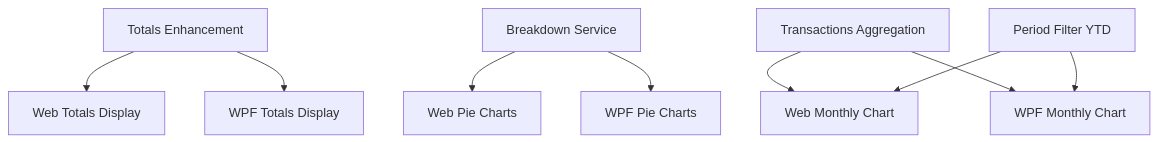
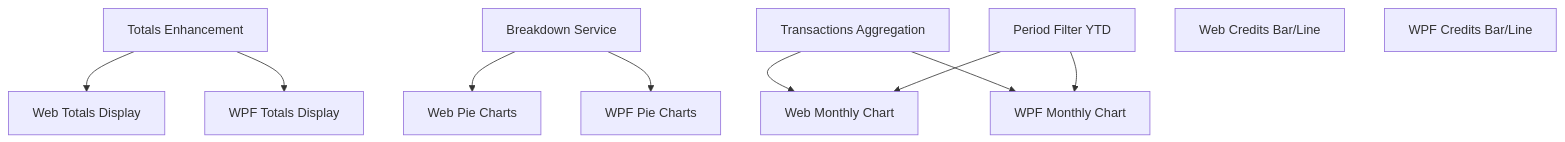
The diagram in docs/prd/P04-prd-broker-level-view-improvements/prd-broker-level-view-improvements.md (ggibellato/Financial), drawn with Mermaid before and after one commit. The commit also changed other lines of this file and 6 other files, not shown here.

First line of the commit message:
feat(P04-F11): Credits Chart Bar/Line Toggle — Web Frontend (#128)

````diff
--- a/docs/prd/P04-prd-broker-level-view-improvements/prd-broker-level-view-improvements.md
+++ b/docs/prd/P04-prd-broker-level-view-improvements/prd-broker-level-view-improvements.md
@@ -396,11 +459,13 @@
 ```mermaid
 graph TD
   F01[Totals Enhancement] --> F05[Web Totals Display]
   F01 --> F06[WPF Totals Display]
   F02[Breakdown Service] --> F07[Web Pie Charts]
   F02 --> F08[WPF Pie Charts]
   F03[Transactions Aggregation] --> F09[Web Monthly Chart]
   F03 --> F10[WPF Monthly Chart]
   F04[Period Filter YTD] --> F09
   F04 --> F10
+  F11[Web Credits Bar/Line]
+  F12[WPF Credits Bar/Line]
 ```
````
